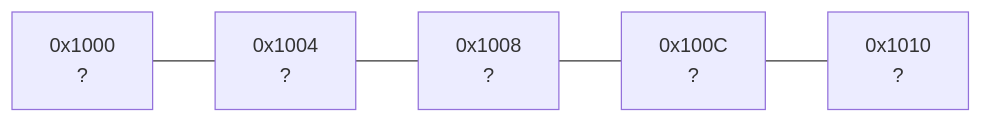
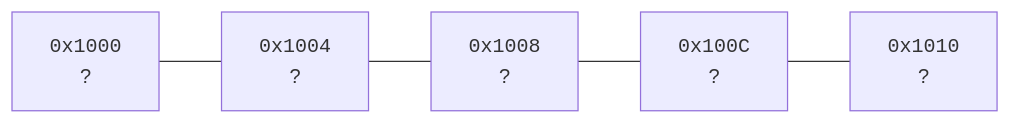
One commit to dataslope/dataslope changed the first of 3 diagrams in content/learn/java-programming-for-beginners/variables-and-memory.mdx. Above: the diagram before and after it, drawn with Mermaid. The commit also changed other lines of this file and 100 other files, not shown here.

First line of the commit message:
Wrap more code in diagram labels: filenames, hex, assignments, subgraph titles

````diff
--- a/content/learn/java-programming-for-beginners/variables-and-memory.mdx
+++ b/content/learn/java-programming-for-beginners/variables-and-memory.mdx
@@ -16,4 +16,4 @@
 ```mermaid
 flowchart LR
-    M0[0x1000<br/>?] --- M1[0x1004<br/>?] --- M2[0x1008<br/>?] --- M3[0x100C<br/>?] --- M4[0x1010<br/>?]
+    M0["<code>0x1000</code><br/>?"] --- M1["<code>0x1004</code><br/>?"] --- M2["<code>0x1008</code><br/>?"] --- M3["<code>0x100C</code><br/>?"] --- M4["<code>0x1010</code><br/>?"]
 ```
````
